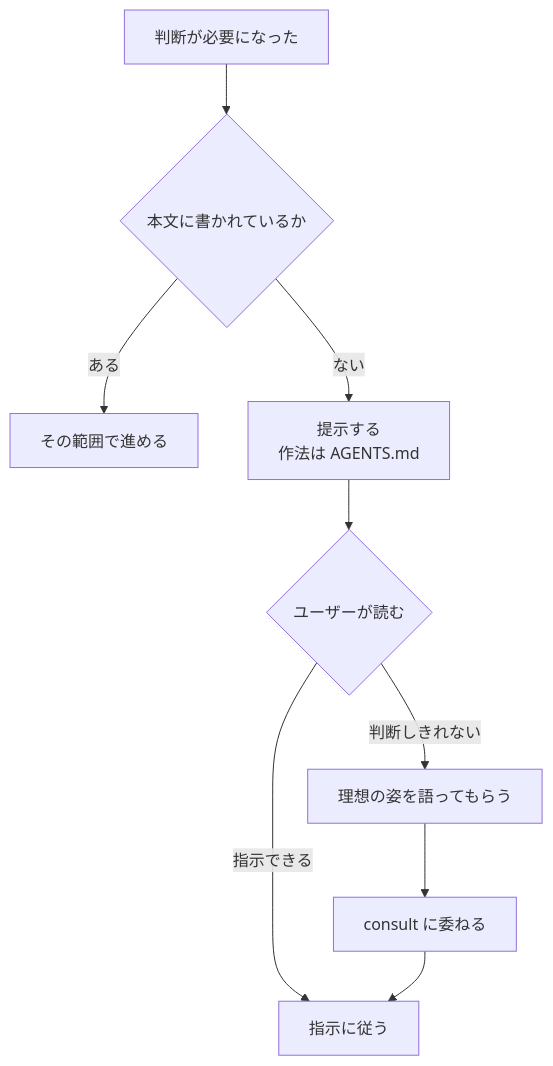
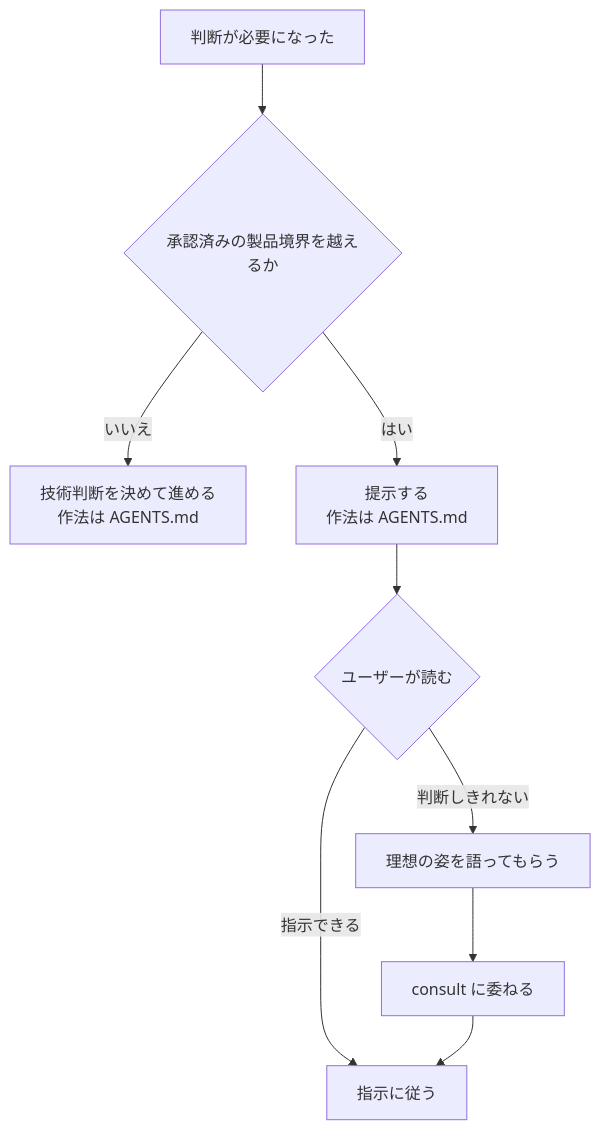
One commit to usagizmo/agentfiles changed the diagram in agents/skills/resolve/references/judgment.md. Above: the diagram before and after it, drawn with Mermaid. The commit also changed other lines of this file and 31 other files, not shown here.

````diff
--- a/agents/skills/resolve/references/judgment.md
+++ b/agents/skills/resolve/references/judgment.md
@@ -5,11 +6,11 @@
 ```mermaid
 flowchart TD
-    D[判断が必要になった] --> K{本文に書かれているか}
-    K -->|ある| GO[その範囲で進める]
-    K -->|ない| ART[提示する<br/>作法は AGENTS.md]
+    D[判断が必要になった] --> K{承認済みの製品境界を越えるか}
+    K -->|いいえ| GO[技術判断を決めて進める<br/>作法は AGENTS.md]
+    K -->|はい| ART[提示する<br/>作法は AGENTS.md]
     ART --> U{ユーザーが読む}
     U -->|指示できる| INS[指示に従う]
     U -->|判断しきれない| TALK[理想の姿を語ってもらう]
     TALK --> CON[consult に委ねる]
     CON --> INS
 ```
````
